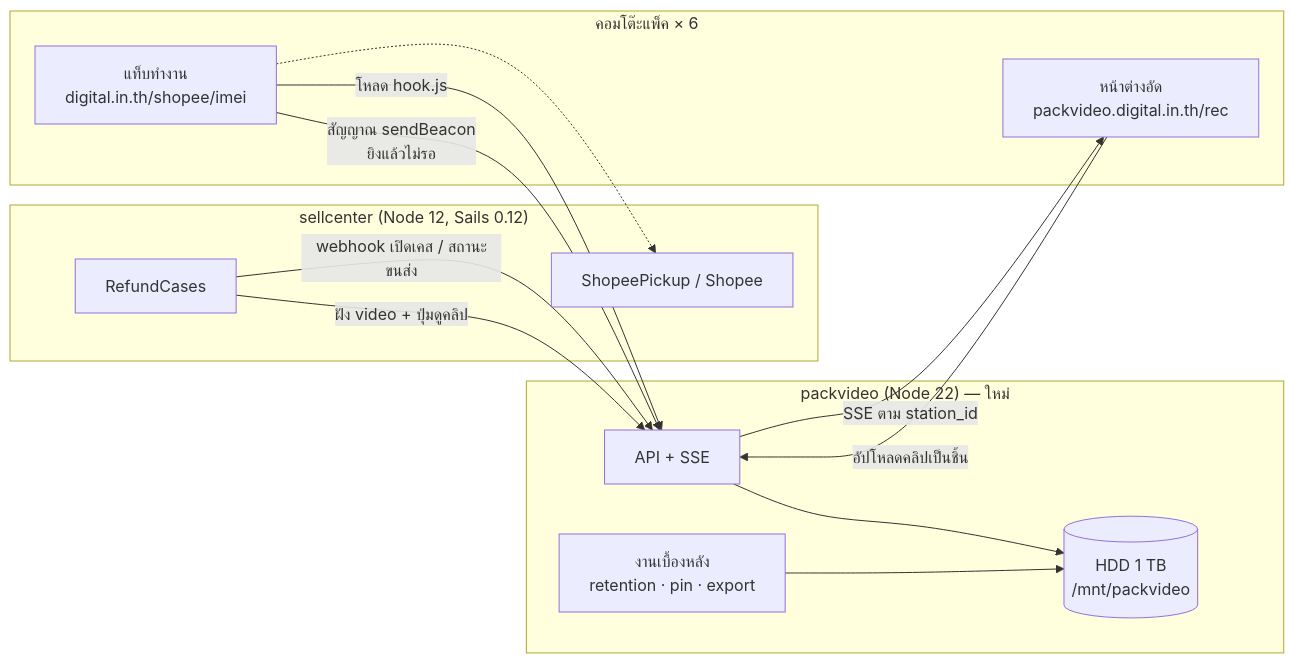
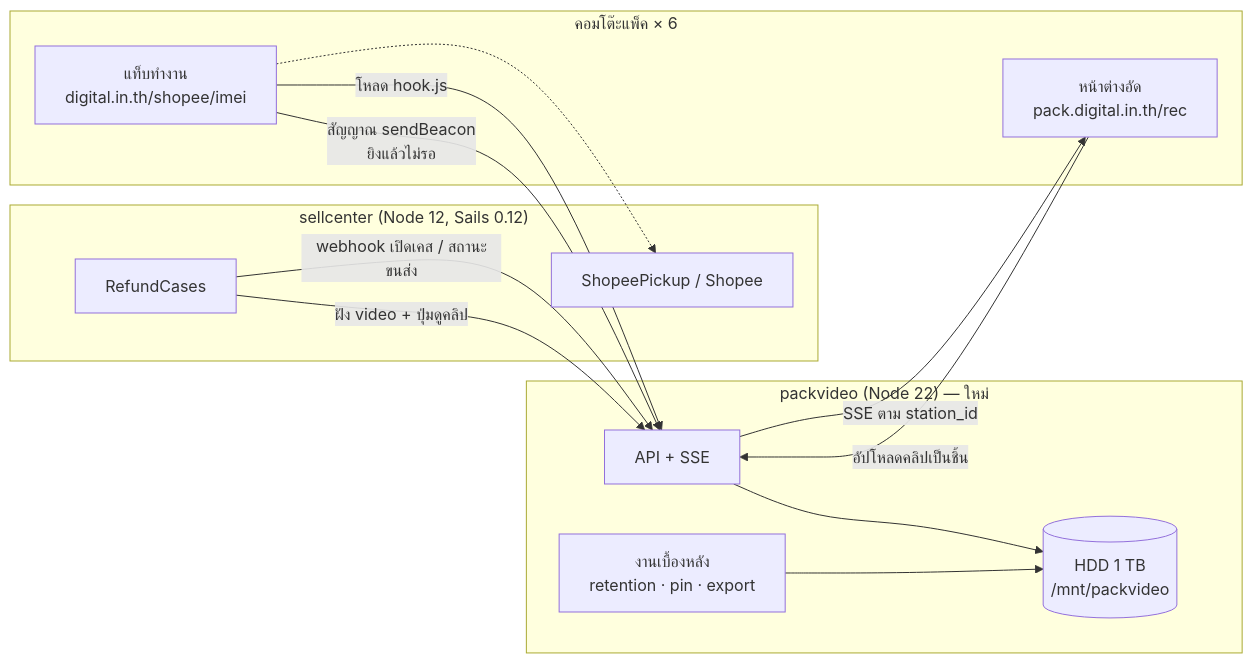
One commit to Pingevo/packvideo changed the first of 8 diagrams in docs/design.md. Above: the diagram before and after it, drawn with Mermaid. The commit also changed other lines of this file and 5 other files, not shown here.

First line of the commit message:
เปลี่ยน subdomain เป็น pack.digital.in.th

````diff
--- a/docs/design.md
+++ b/docs/design.md
@@ -32,28 +32,28 @@
 ```mermaid
 graph LR
   subgraph desk["คอมโต๊ะแพ็ค × 6"]
     T1["แท็บทำงาน<br/>digital.in.th/shopee/imei"]
-    T2["หน้าต่างอัด<br/>packvideo.digital.in.th/rec"]
+    T2["หน้าต่างอัด<br/>pack.digital.in.th/rec"]
   end
 
   subgraph sell["sellcenter (Node 12, Sails 0.12)"]
     SC["ShopeePickup / Shopee"]
     RC["RefundCases"]
   end
 
   subgraph pv["packvideo (Node 22) — ใหม่"]
     API["API + SSE"]
     JOB["งานเบื้องหลัง<br/>retention · pin · export"]
     DISK[("HDD 1 TB<br/>/mnt/packvideo")]
   end
 
   T1 -->|"โหลด hook.js"| API
   T1 -->|"สัญญาณ sendBeacon<br/>ยิงแล้วไม่รอ"| API
   API -->|"SSE ตาม station_id"| T2
   T2 -->|"อัปโหลดคลิปเป็นชิ้น"| API
   API --> DISK
   JOB --> DISK
   RC -->|"webhook เปิดเคส / สถานะขนส่ง"| API
   RC -->|"ฝัง video + ปุ่มดูคลิป"| API
   T1 -.-> SC
 ```
````
